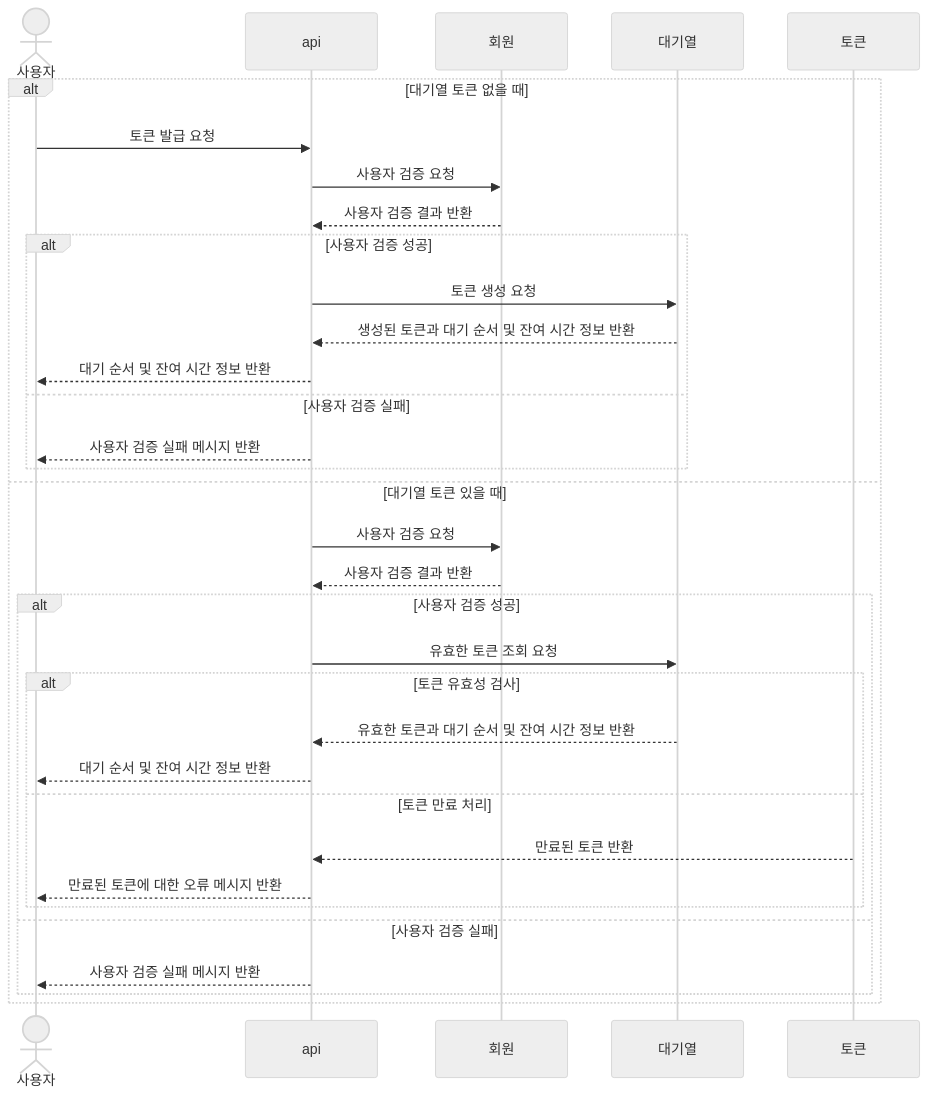
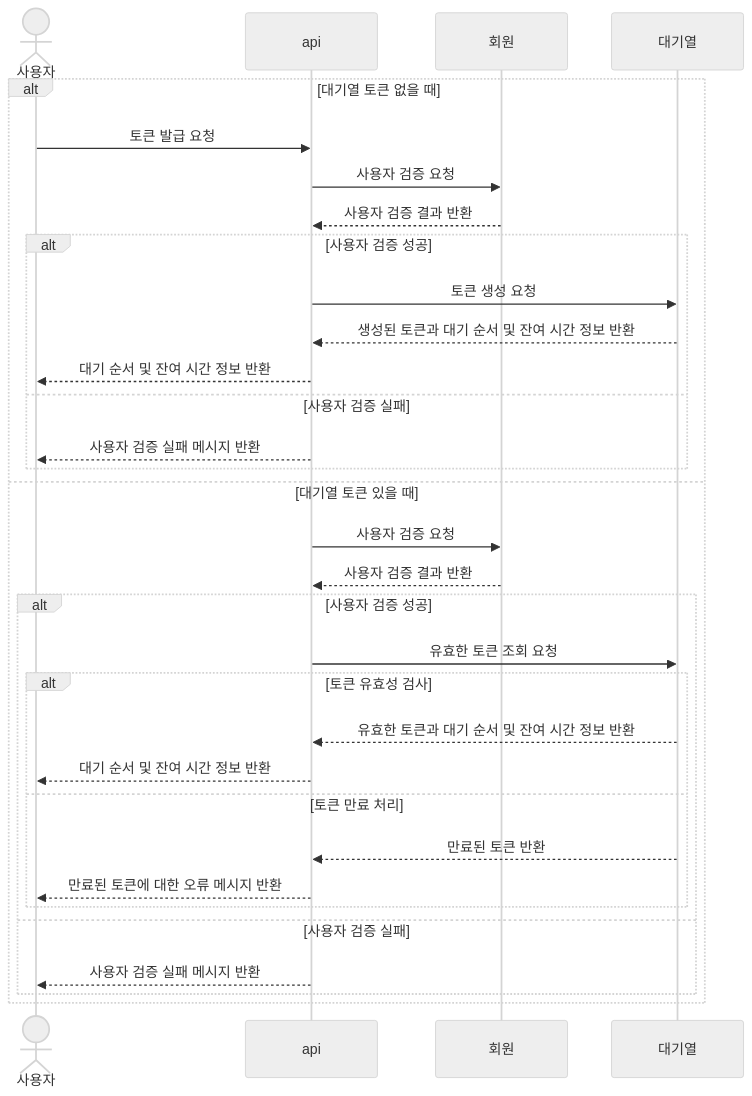
The first of 8 diagrams in docs/시퀀스다이어그램.md (seungwontech/hhplus-concert-week3-5), drawn with Mermaid (neutral theme) before and after one commit.

Commit message:
style: 토큰명 > 대기열 노드명 수정

````diff
--- a/docs/시퀀스다이어그램.md
+++ b/docs/시퀀스다이어그램.md
@@ -4,36 +4,36 @@
 ```mermaid
 sequenceDiagram
     actor 사용자
     participant api
     participant 회원
     participant 대기열
 
     alt 대기열 토큰 없을 때
         사용자 ->> api: 토큰 발급 요청
         api ->> 회원: 사용자 검증 요청
         회원 -->> api: 사용자 검증 결과 반환
         alt 사용자 검증 성공
             api ->> 대기열: 토큰 생성 요청
             대기열 -->> api: 생성된 토큰과 대기 순서 및 잔여 시간 정보 반환
             api -->> 사용자: 대기 순서 및 잔여 시간 정보 반환
         else 사용자 검증 실패
             api -->> 사용자: 사용자 검증 실패 메시지 반환
         end
     else 대기열 토큰 있을 때
         api ->> 회원: 사용자 검증 요청
         회원 -->> api: 사용자 검증 결과 반환
         alt 사용자 검증 성공
             api ->> 대기열: 유효한 토큰 조회 요청
             alt 토큰 유효성 검사
                 대기열 -->> api: 유효한 토큰과 대기 순서 및 잔여 시간 정보 반환
                 api -->> 사용자: 대기 순서 및 잔여 시간 정보 반환
             else 토큰 만료 처리
-                토큰 -->> api: 만료된 토큰 반환
+                대기열 -->> api: 만료된 토큰 반환
                 api -->> 사용자: 만료된 토큰에 대한 오류 메시지 반환
             end
         else 사용자 검증 실패
             api -->> 사용자: 사용자 검증 실패 메시지 반환
         end
     end
 
 ```
````
